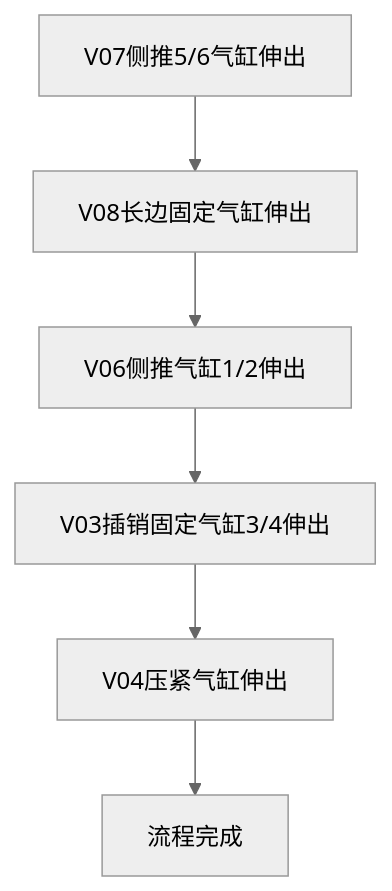
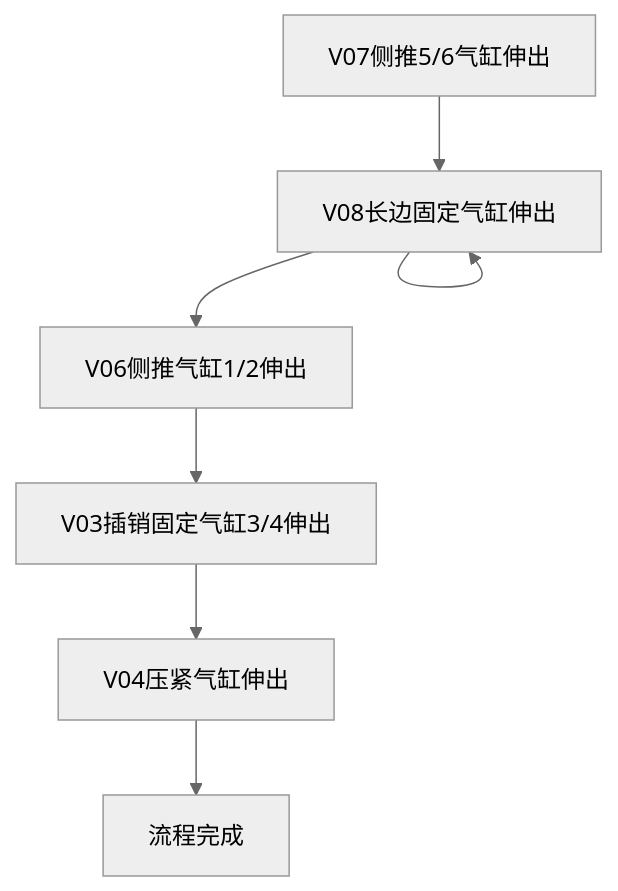
One commit to PengKun1/iodraw-files changed the diagram in all/OP30气缸固定子流程.md. Above: the diagram before and after it, drawn with Mermaid (neutral theme).

Commit message:
2024-08-06 09:59:13 update

````diff
--- a/all/OP30气缸固定子流程.md
+++ b/all/OP30气缸固定子流程.md
@@ -1,11 +1,11 @@
 ```mermaid
 graph TD
 10[V07侧推5/6气缸伸出]-->20
-
+20[V08侧推7/9气缸伸出]-->20
 20[V08长边固定气缸伸出]-->30
 30[V06侧推气缸1/2伸出]-->40
 40[V03插销固定气缸3/4伸出]-->50
 50[V04压紧气缸伸出]-->60
 60[流程完成]
   
 ```
````
